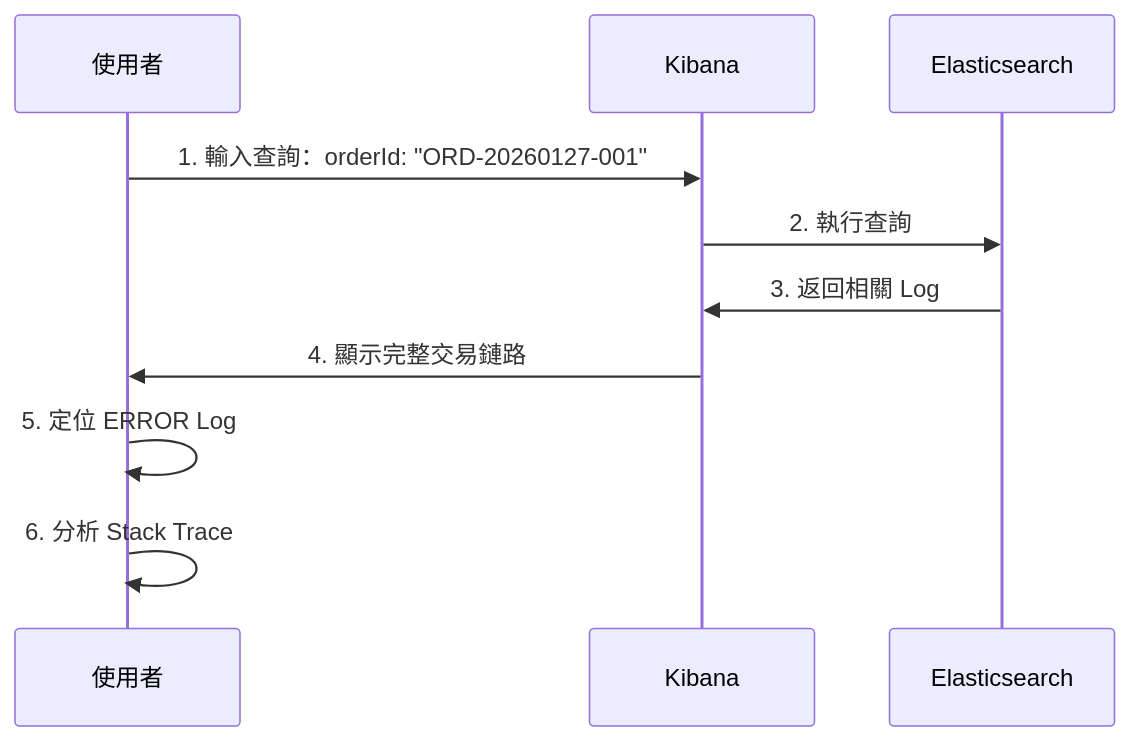
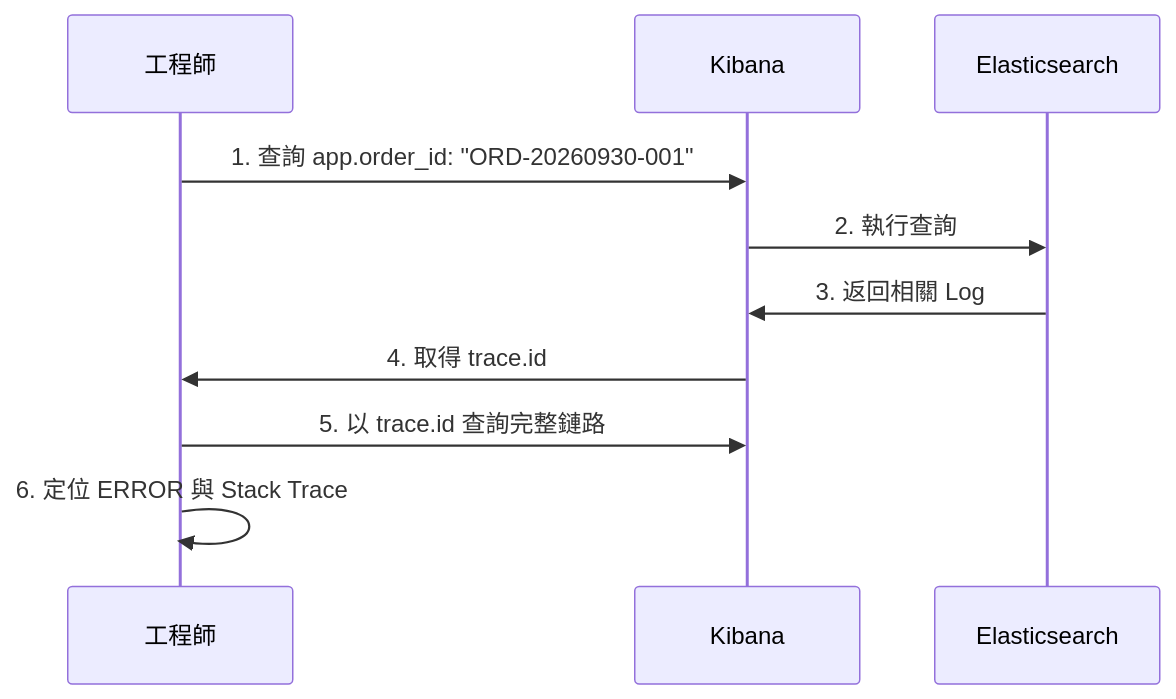
One commit to chihhung/Blog changed diagram 18 of 28 in content/posts/教學/工具/ELK-Stack教學手冊.md. Above: the diagram before and after it, drawn with Mermaid. The commit also changed other lines of this file and 8 other files, not shown here.

````diff
--- a/content/posts/教學/工具/ELK-Stack教學手冊.md
+++ b/content/posts/教學/工具/ELK-Stack教學手冊.md
@@ -1840,13 +3376,13 @@
 ```mermaid
 sequenceDiagram
-    participant User as 使用者
+    participant User as 工程師
     participant K as Kibana
     participant ES as Elasticsearch
-    
-    User->>K: 1. 輸入查詢：orderId: "ORD-20260127-001"
+
+    User->>K: 1. 查詢 app.order_id: "ORD-20260930-001"
     K->>ES: 2. 執行查詢
     ES->>K: 3. 返回相關 Log
-    K->>User: 4. 顯示完整交易鏈路
-    User->>User: 5. 定位 ERROR Log
-    User->>User: 6. 分析 Stack Trace
+    K->>User: 4. 取得 trace.id
+    User->>K: 5. 以 trace.id 查詢完整鏈路
+    User->>User: 6. 定位 ERROR 與 Stack Trace
 ```
````
